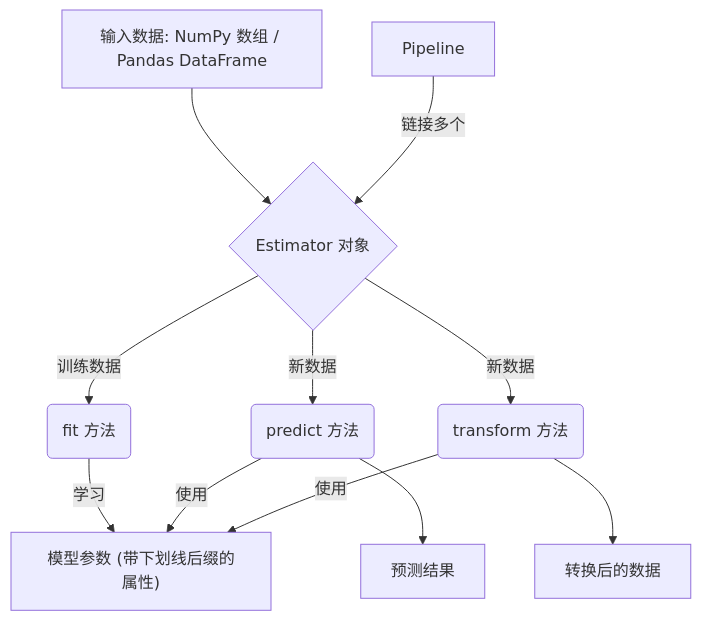
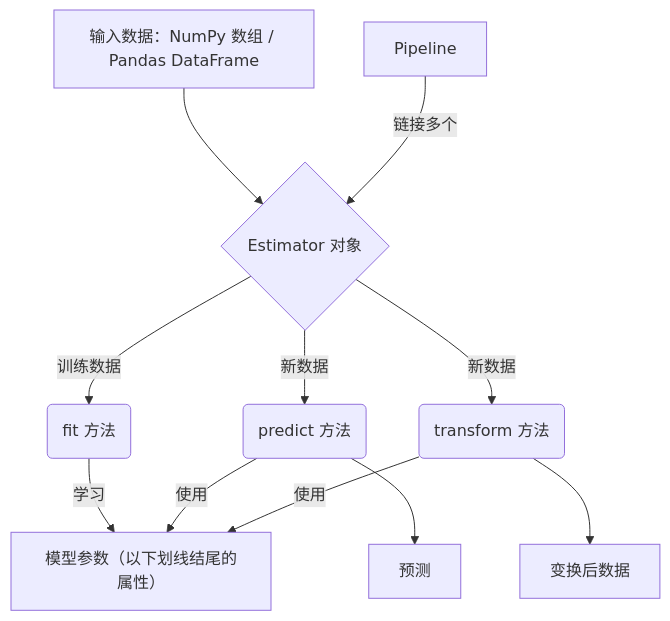
The second of 3 diagrams in docs/ml/zh/scikit-learn_evolution_document.zh.md (tt33415366/python_data_process_lib_intro), drawn with Mermaid before and after one commit. The commit also changed other lines of this file and 21 other files, not shown here.

First line of the commit message:
feat(docs): add 'Typical use cases' sections and fix Mermaid mindmaps

````diff
--- a/docs/ml/zh/scikit-learn_evolution_document.zh.md
+++ b/docs/ml/zh/scikit-learn_evolution_document.zh.md
@@ -53,16 +53,16 @@
 ```mermaid
 graph TD
-    A[输入数据: NumPy 数组 / Pandas DataFrame] --> B{Estimator 对象}
+    A[输入数据：NumPy 数组 / Pandas DataFrame] --> B{Estimator 对象}
     B -- 训练数据 --> C(fit 方法)
-    C -- 学习 --> D["模型参数 (带下划线后缀的属性)"]
+    C -- 学习 --> D["模型参数（以下划线结尾的属性）"]
     
     B -- 新数据 --> E(predict 方法)
     E -- 使用 --> D
-    E --> F[预测结果]
+    E --> F[预测]
 
     B -- 新数据 --> G(transform 方法)
     G -- 使用 --> D
-    G --> H[转换后的数据]
+    G --> H[变换后数据]
 
     I[Pipeline] -- 链接多个 --> B
 ```
````
